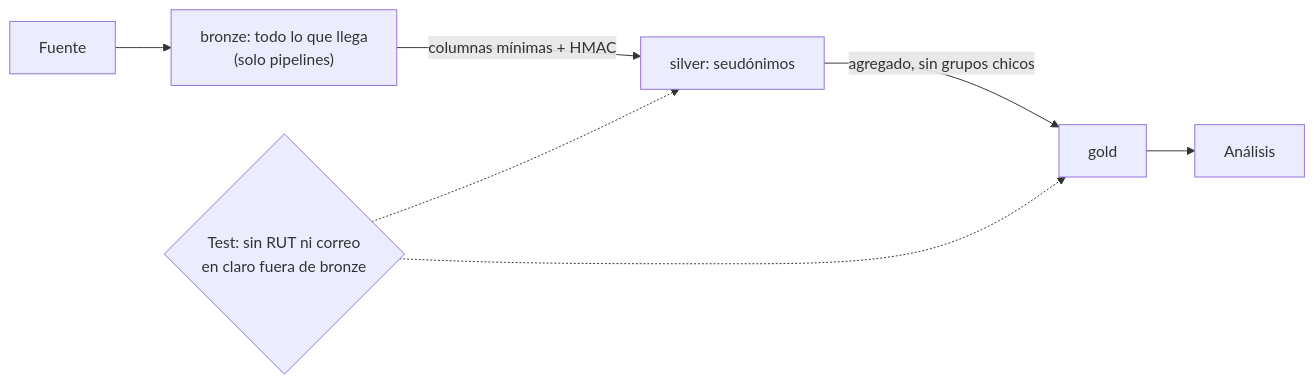
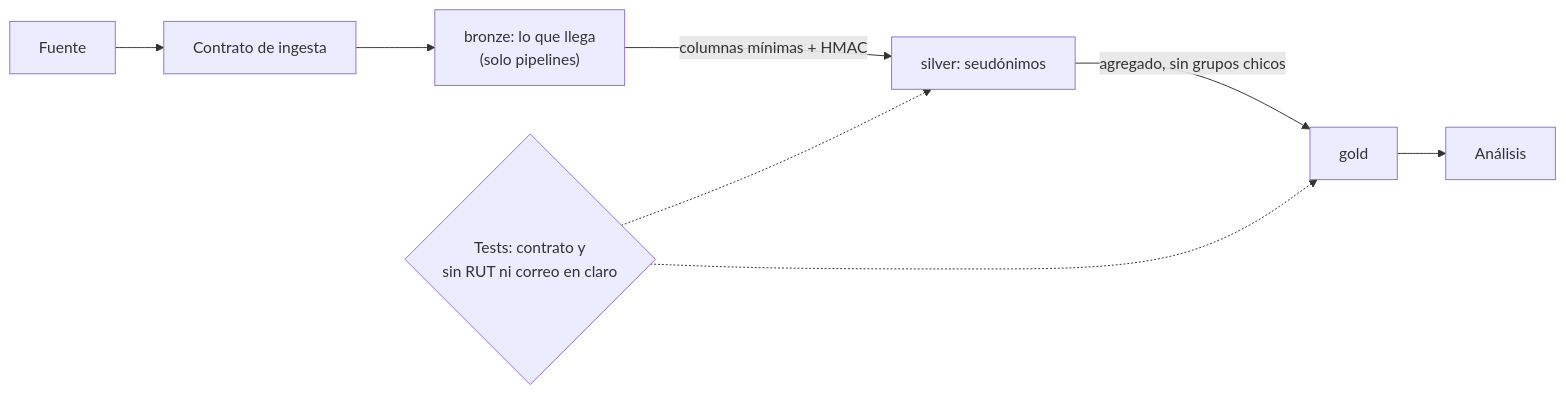
The diagram in content/concepts/data-minimization-by-layer.md (fcp4891/de-knowledge-hub), drawn with Mermaid before and after one commit. The commit also changed other lines of this file and 1 other file, not shown here.

````diff
--- a/content/concepts/data-minimization-by-layer.md
+++ b/content/concepts/data-minimization-by-layer.md
@@ -150,9 +177,10 @@
 ```mermaid
 flowchart LR
-  F["Fuente"] --> B["bronze: todo lo que llega<br/>(solo pipelines)"]
+  F["Fuente"] --> K["Contrato de ingesta"]
+  K --> B["bronze: lo que llega<br/>(solo pipelines)"]
   B -- "columnas mínimas + HMAC" --> S["silver: seudónimos"]
   S -- "agregado, sin grupos chicos" --> G["gold"]
   G --> A["Análisis"]
-  T{"Test: sin RUT ni correo<br/>en claro fuera de bronze"} -.-> S
+  T{"Tests: contrato y<br/>sin RUT ni correo en claro"} -.-> S
   T -.-> G
 ```
````
